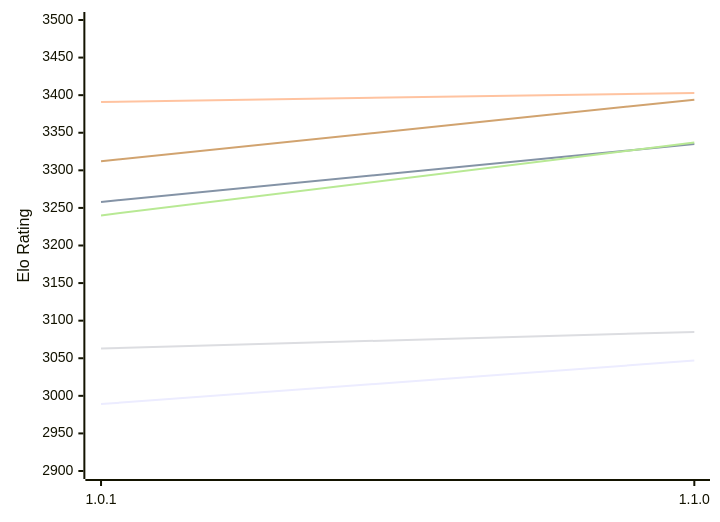
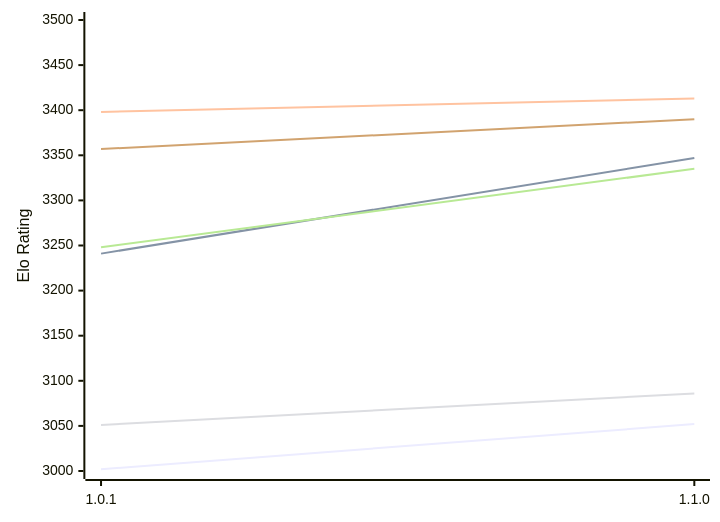
The first of 2 diagrams in engines/Ursus.md (computer-chess-index/cci), drawn with Mermaid before and after one commit. The commit also changed other lines of this file, not shown here.

Commit message:
Update CCI Ratings (ELO VLTC) - 2026-11-16

````diff
--- a/engines/Ursus.md
+++ b/engines/Ursus.md
@@ -51,12 +51,12 @@
 ```mermaid
 %%{init: {"theme":"base","themeVariables":{"seriesColors:['#a3a3a3','#222221','#faa371']}}}%%
 xychart-beta
   x-axis ["1.0.1", "1.1.0"]
-  y-axis "Elo Rating" 2900 --> 3500
-  line "E1: STC (8.0+0.08s)" [2989, 3047]
-  line "E1: LTC (60.0+0.60s)" [3258, 3335]
-  line "E1: VLTC (2m24s+1.12s)" [3391, 3403]
-  line "P1: STC (8.0+0.08s)" [3063, 3085]
-  line "P1: LTC (60.0+0.60s)" [3240, 3337]
-  line "P1: VLTC (2m24s+1.12s)" [3312, 3394]
+  y-axis "Elo Rating" 3000 --> 3500
+  line "E1: STC (8.0+0.08s)" [3002, 3052]
+  line "E1: LTC (60.0+0.60s)" [3241, 3347]
+  line "E1: VLTC (2m24s+1.12s)" [3398, 3413]
+  line "P1: STC (8.0+0.08s)" [3051, 3086]
+  line "P1: LTC (60.0+0.60s)" [3248, 3335]
+  line "P1: VLTC (2m24s+1.12s)" [3357, 3390]
 ```
````
